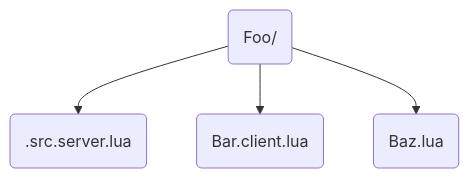
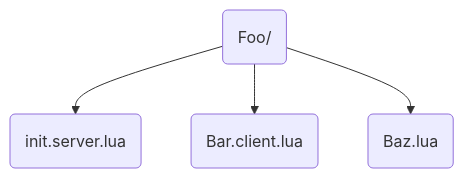
The first of 7 diagrams in api/file-types.mdx (argon-rbx/argon-wiki), drawn with Mermaid before and after one commit. The commit also changed other lines of this file and 2 other files, not shown here.

Commit message:
Update available SyncRule types, remove `.src` and `.data` from all docs

`````diff
--- a/api/file-types.mdx
+++ b/api/file-types.mdx
@@ -45,12 +45,12 @@
 ```mermaid
 graph TD;
   foo(Foo/)
-  .src(.src.server.lua)
+  init(init.server.lua)
   bar(Bar.client.lua)
   baz(Baz.lua)
 
-foo --> .src
+foo --> init
 foo --> bar
 foo --> baz
 
 ````
`````
